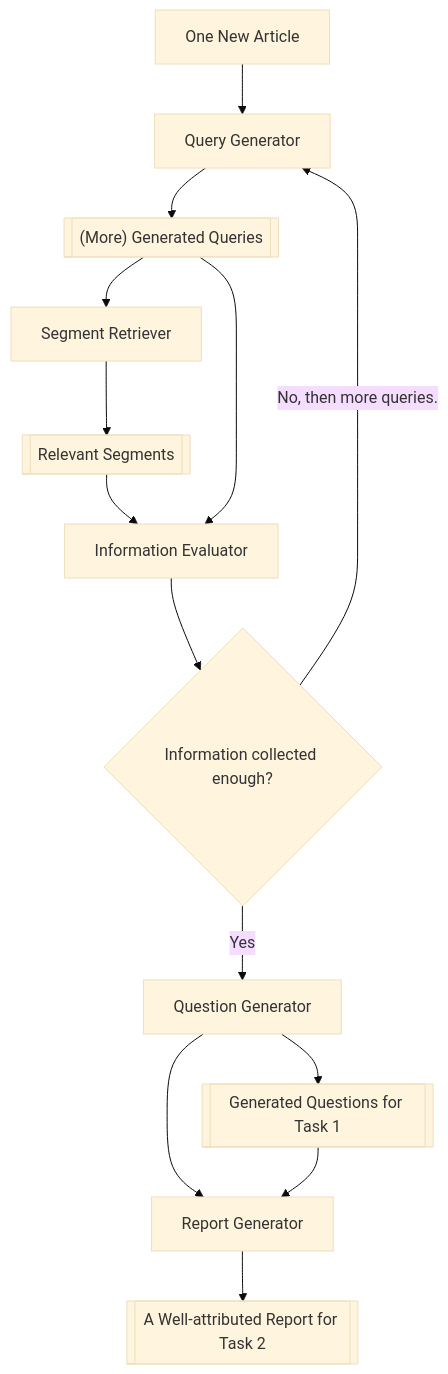
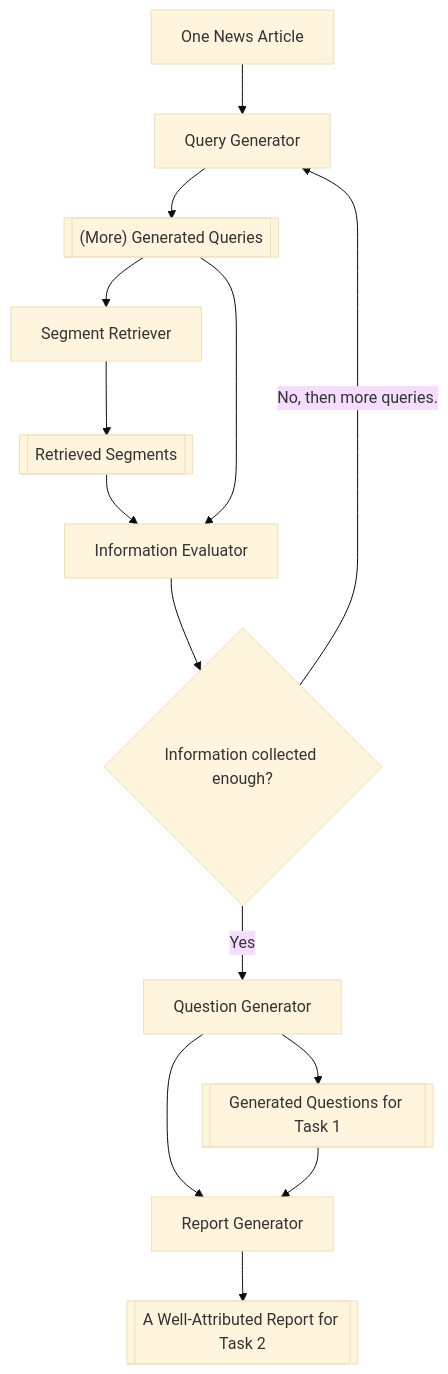
The diagram in README.md (naghmefarzi/2025-starter-kit), drawn with Mermaid (base theme) before and after one commit. The commit also changed other lines of this file, not shown here.

````diff
--- a/README.md
+++ b/README.md
@@ -5,16 +5,16 @@
 ```mermaid
 flowchart TD
-    A[One New Article] --> B["Query Generator"]
+    A[One News Article] --> B["Query Generator"]
     B --> C[["(More) Generated Queries"]]
     C --> D[Segment Retriever]
-    D --> E[[Relevant Segments]]
+    D --> E[[Retrieved Segments]]
     E --> F[Information Evaluator]
     C --> F
     F --> G{Information collected enough?}
     G -- "No, then more queries." --> B
     G -- "Yes" --> H[Question Generator]
     H --> I[[Generated Questions for Task 1]]
     H --> J[Report Generator]
-    J --> K[[A Well-attributed Report for Task 2]]
+    J --> K[[A Well-Attributed Report for Task 2]]
     I --> J
 ```
````
